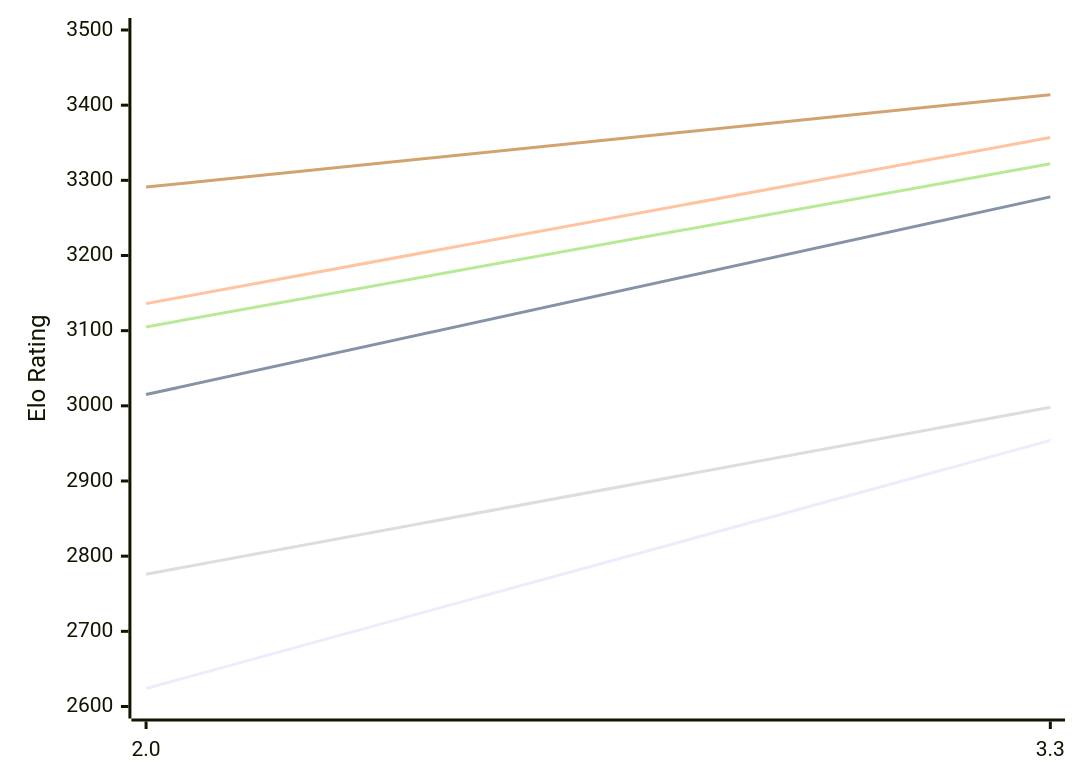
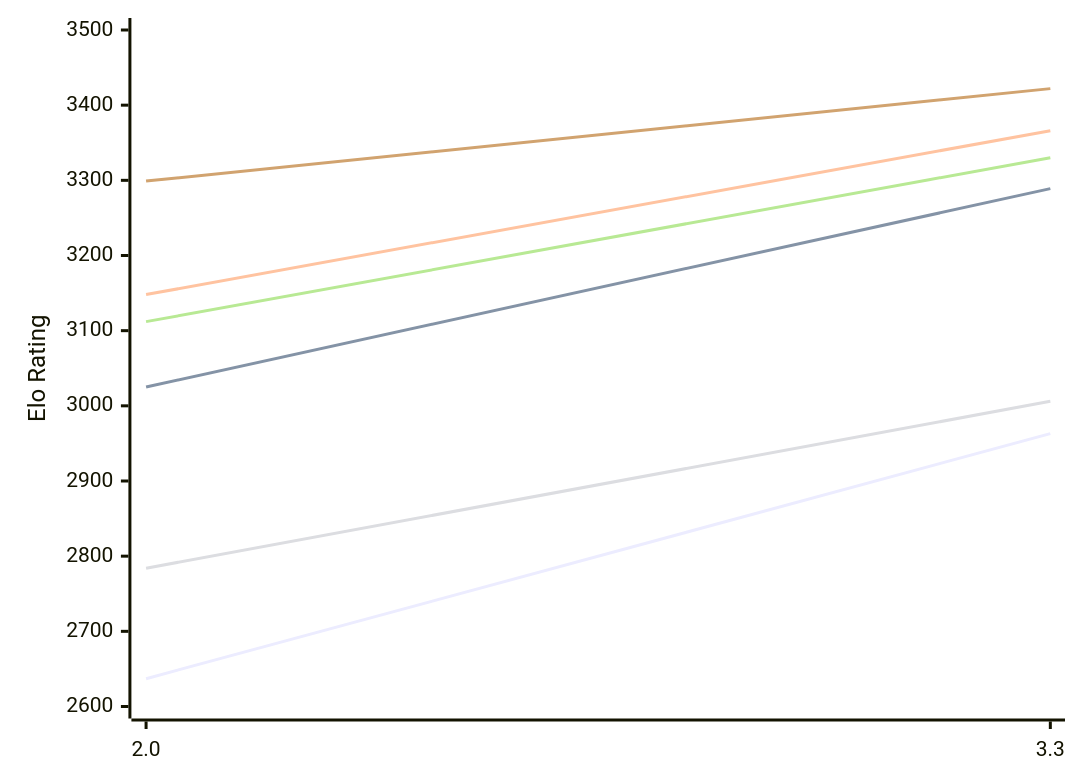
One commit to computer-chess-index/cci changed the first of 2 diagrams in engines/Ceylondemon.md. Above: the diagram before and after it, drawn with Mermaid. The commit also changed other lines of this file, not shown here.

Commit message:
Update CCI Ratings (ELO VLTC) - 2026-10-25

````diff
--- a/engines/Ceylondemon.md
+++ b/engines/Ceylondemon.md
@@ -50,12 +50,12 @@
 ```mermaid
 %%{init: {"theme":"base","themeVariables":{"seriesColors:['#a3a3a3','#222221','#faa371']}}}%%
 xychart-beta
   x-axis ["2.0", "3.3"]
   y-axis "Elo Rating" 2600 --> 3500
-  line "E1: STC (8.0+0.08s)" [2624, 2954]
-  line "E1: LTC (60.0+0.60s)" [3015, 3278]
-  line "E1: VLTC (2m24s+1.12s)" [3136, 3357]
-  line "P1: STC (8.0+0.08s)" [2776, 2998]
-  line "P1: LTC (60.0+0.60s)" [3105, 3322]
-  line "P1: VLTC (2m24s+1.12s)" [3291, 3414]
+  line "E1: STC (8.0+0.08s)" [2637, 2963]
+  line "E1: LTC (60.0+0.60s)" [3025, 3289]
+  line "E1: VLTC (2m24s+1.12s)" [3148, 3366]
+  line "P1: STC (8.0+0.08s)" [2784, 3006]
+  line "P1: LTC (60.0+0.60s)" [3112, 3330]
+  line "P1: VLTC (2m24s+1.12s)" [3299, 3422]
 ```
````
